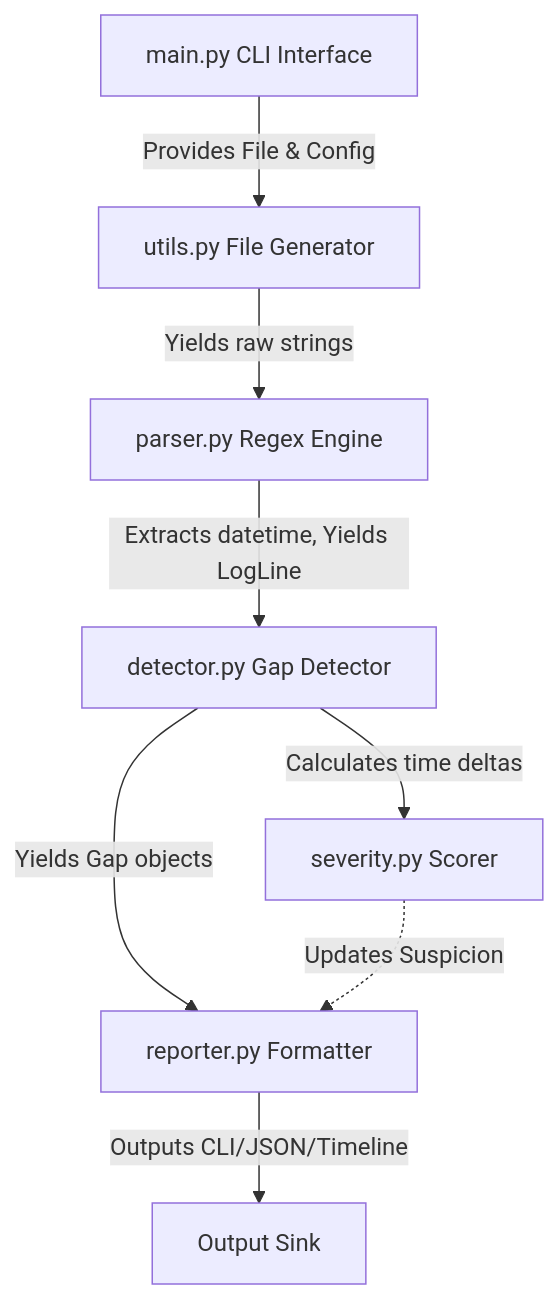
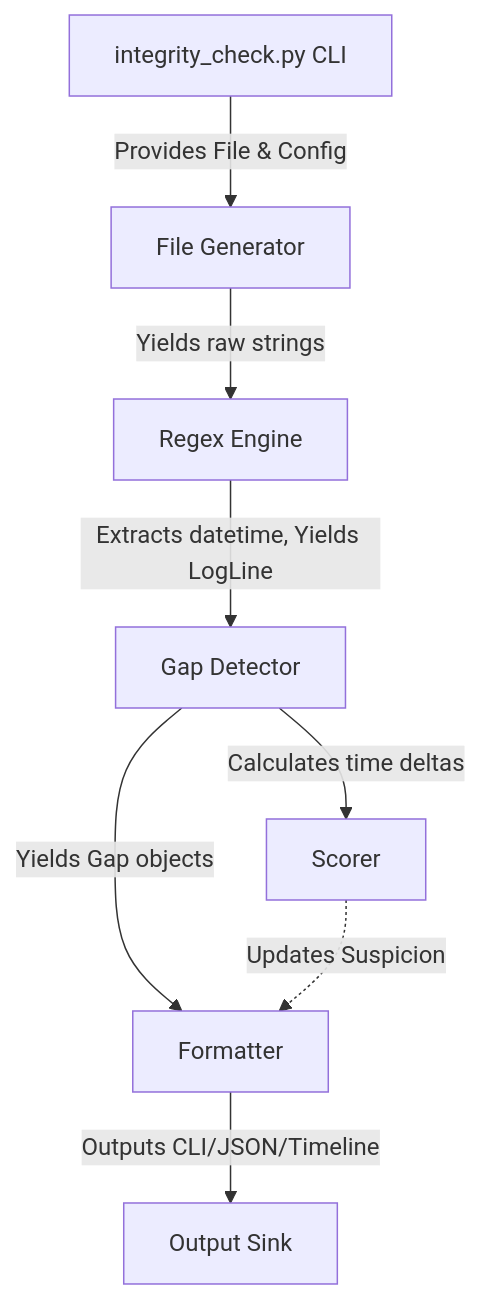
Before and after one commit to EmperorsReign05/Tempora: the diagram in Reports/ARCHITECTURE.md, drawn with Mermaid. The commit also changed other lines of this file and 2 other files, not shown here.

````diff
--- a/Reports/ARCHITECTURE.md
+++ b/Reports/ARCHITECTURE.md
@@ -7,10 +7,10 @@
 ```mermaid
 graph TD;
-    A[main.py CLI Interface] -->|Provides File & Config| B[utils.py File Generator]
-    B -->|Yields raw strings| C[parser.py Regex Engine]
-    C -->|Extracts datetime, Yields LogLine| D[detector.py Gap Detector]
-    D -->|Calculates time deltas| E[severity.py Scorer]
-    D -->|Yields Gap objects| F[reporter.py Formatter]
+    A[integrity_check.py CLI] -->|Provides File & Config| B[File Generator]
+    B -->|Yields raw strings| C[Regex Engine]
+    C -->|Extracts datetime, Yields LogLine| D[Gap Detector]
+    D -->|Calculates time deltas| E[Scorer]
+    D -->|Yields Gap objects| F[Formatter]
     E -.->|Updates Suspicion| F
     F -->|Outputs CLI/JSON/Timeline| G[Output Sink]
 ```
````
